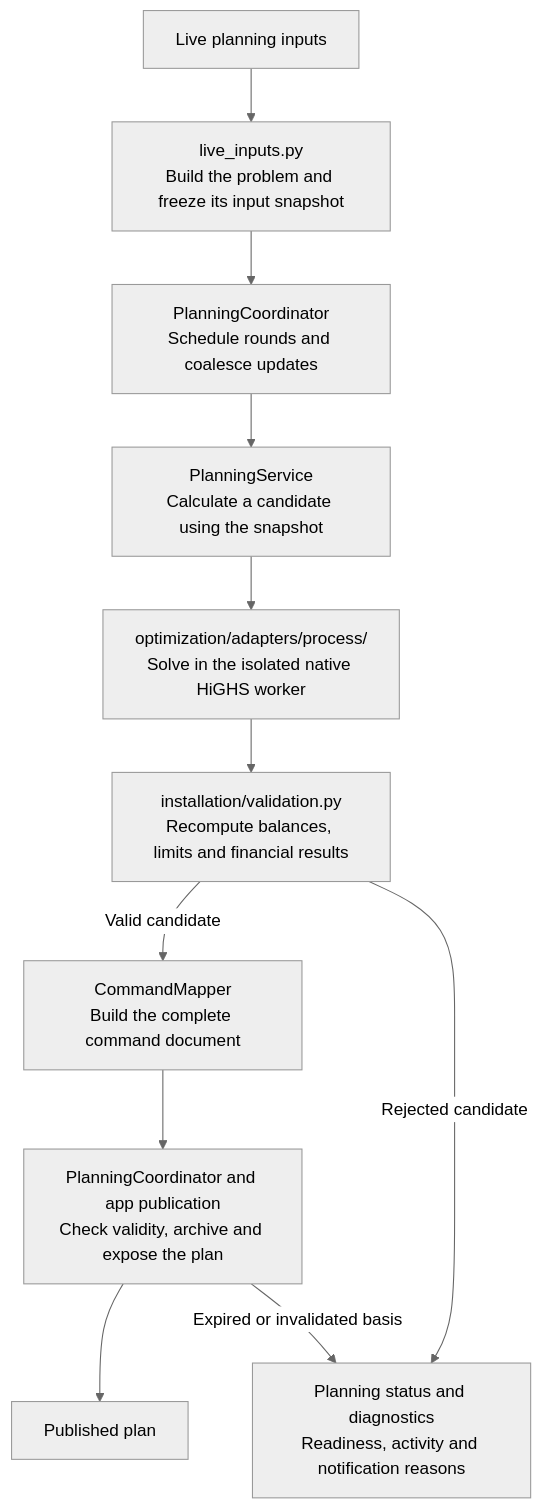
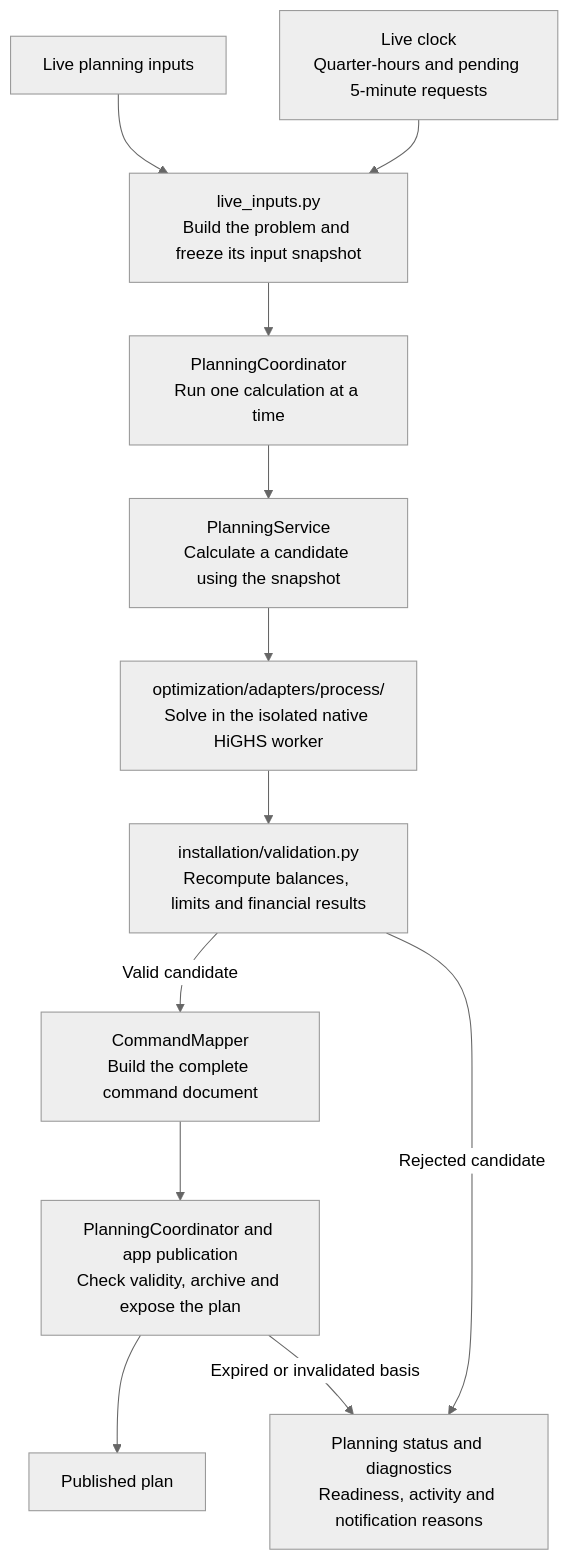
The sixth of 8 diagrams in docs/development/ARCHITECTURE-OVERVIEW.md (patrickvorgers/open-energy-planner), drawn with Mermaid (neutral theme) before and after one commit. The commit also changed 16 other files, not shown here.

Commit message:
Schedule automatic planning on fixed clock boundaries

````diff
--- a/docs/development/ARCHITECTURE-OVERVIEW.md
+++ b/docs/development/ARCHITECTURE-OVERVIEW.md
@@ -186,15 +186,16 @@
 ```mermaid
 flowchart TD
     accTitle: Planning round, independent validation and publication
     accDescr: Live inputs produce a coherent snapshot. A coordinator serializes planning rounds, a worker solves the problem, and independent validation and publication checks guard the plan.
     LIVE["Live planning inputs"] --> SNAPSHOT["live_inputs.py<br/>Build the problem and freeze its input snapshot"]
-    SNAPSHOT --> QUEUE["PlanningCoordinator<br/>Schedule rounds and coalesce updates"]
+    CLOCK["Live clock<br/>Quarter-hours and pending 5-minute requests"] --> SNAPSHOT
+    SNAPSHOT --> QUEUE["PlanningCoordinator<br/>Run one calculation at a time"]
     QUEUE --> SERVICE["PlanningService<br/>Calculate a candidate using the snapshot"]
     SERVICE --> SOLVE["optimization/adapters/process/<br/>Solve in the isolated native HiGHS worker"]
     SOLVE --> CHECK["installation/validation.py<br/>Recompute balances, limits and financial results"]
     CHECK -->|Valid candidate| MAP["CommandMapper<br/>Build the complete command document"]
     MAP --> PUBLISH["PlanningCoordinator and app publication<br/>Check validity, archive and expose the plan"]
     PUBLISH --> PLAN["Published plan"]
     CHECK -->|Rejected candidate| STATUS["Planning status and diagnostics<br/>Readiness, activity and notification reasons"]
     PUBLISH -->|Expired or invalidated basis| STATUS
 ```
````
